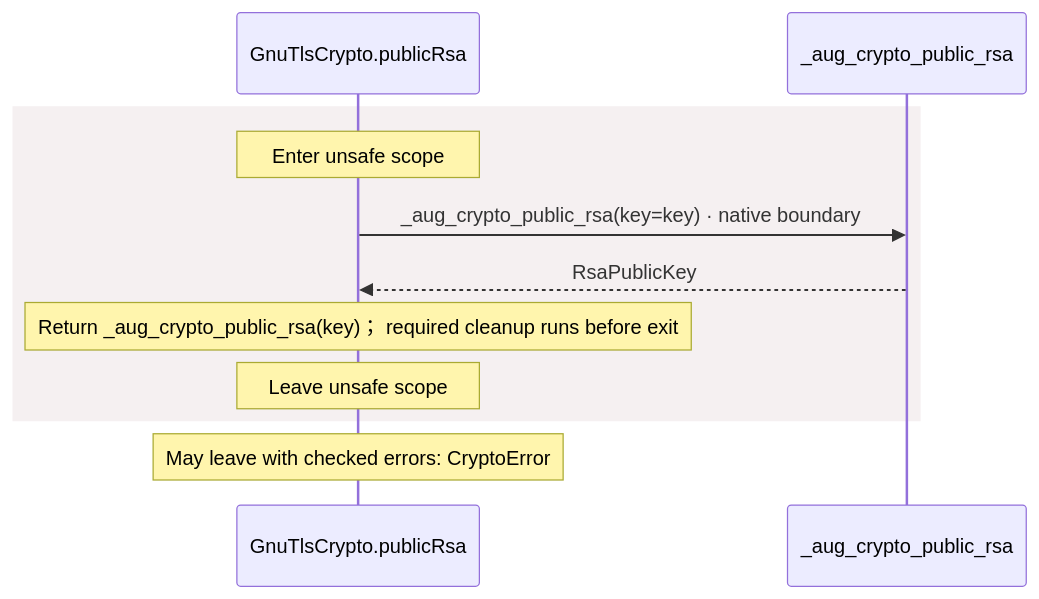
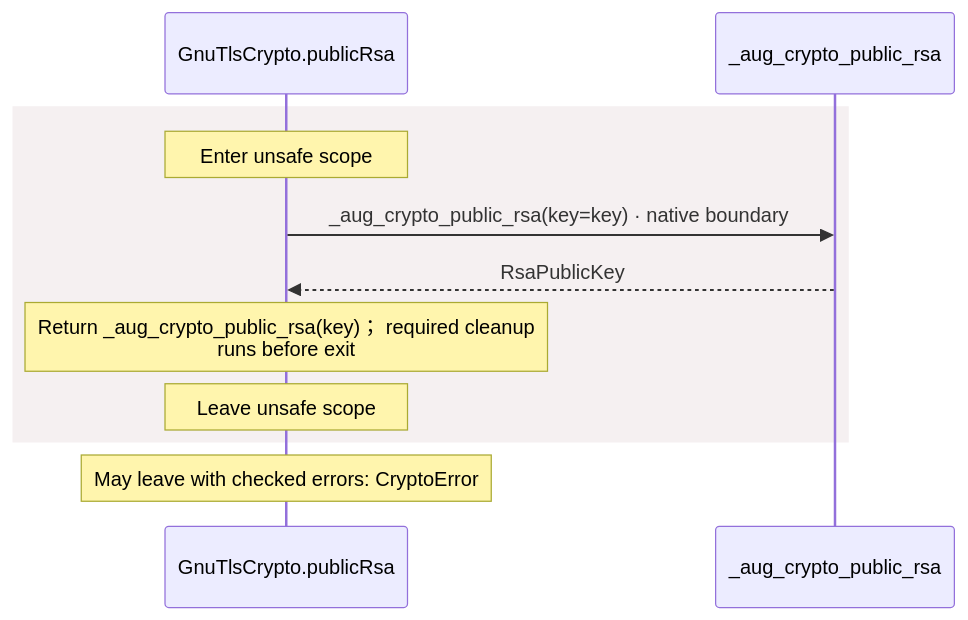
Before and after one commit to GreenPandaStudios/augscript: the seventh of 14 diagrams in docs/examples/oidc-login/dependencies/packages/@git/url_9ef654c66d34ab8f5527/0.0.0-git.b14a0f9aa41f1ce58bd51133bcdc424033e40d40/contracts-diagrams.md, drawn with Mermaid. The commit also changed other lines of this file and 200 other files, not shown here.

Commit message:
Group imported operations and wrap readable sequence messages

````diff
--- a/docs/examples/oidc-login/dependencies/packages/@git/url_9ef654c66d34ab8f5527/0.0.0-git.b14a0f9aa41f1ce58bd51133bcdc424033e40d40/contracts-diagrams.md
+++ b/docs/examples/oidc-login/dependencies/packages/@git/url_9ef654c66d34ab8f5527/0.0.0-git.b14a0f9aa41f1ce58bd51133bcdc424033e40d40/contracts-diagrams.md
@@ -351,13 +351,13 @@
 ```mermaid
 sequenceDiagram
     participant p0 as GnuTlsCrypto.publicRsa
     participant p1 as _aug_crypto_public_rsa
     rect rgb(245, 240, 241)
     Note over p0: Enter unsafe scope
     p0->>p1: _aug_crypto_public_rsa(key=key) · native boundary
     p1-->>p0: RsaPublicKey
-    Note over p0: Return _aug_crypto_public_rsa(key)； required cleanup runs before exit
+    Note over p0: Return _aug_crypto_public_rsa(key)； required cleanup<br/>runs before exit
     Note over p0: Leave unsafe scope
     end
     Note over p0: May leave with checked errors: CryptoError
 ```
````
